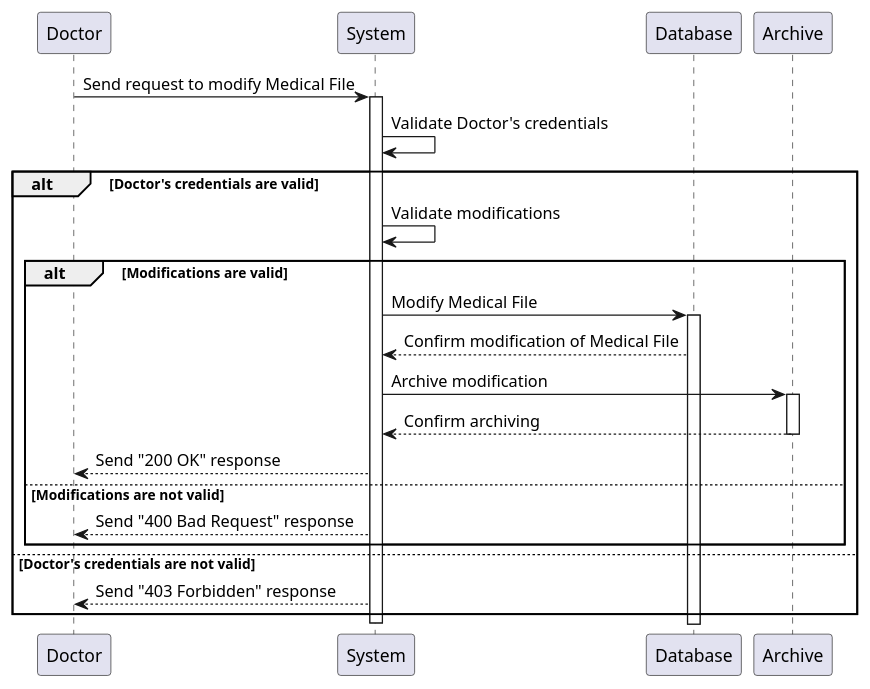
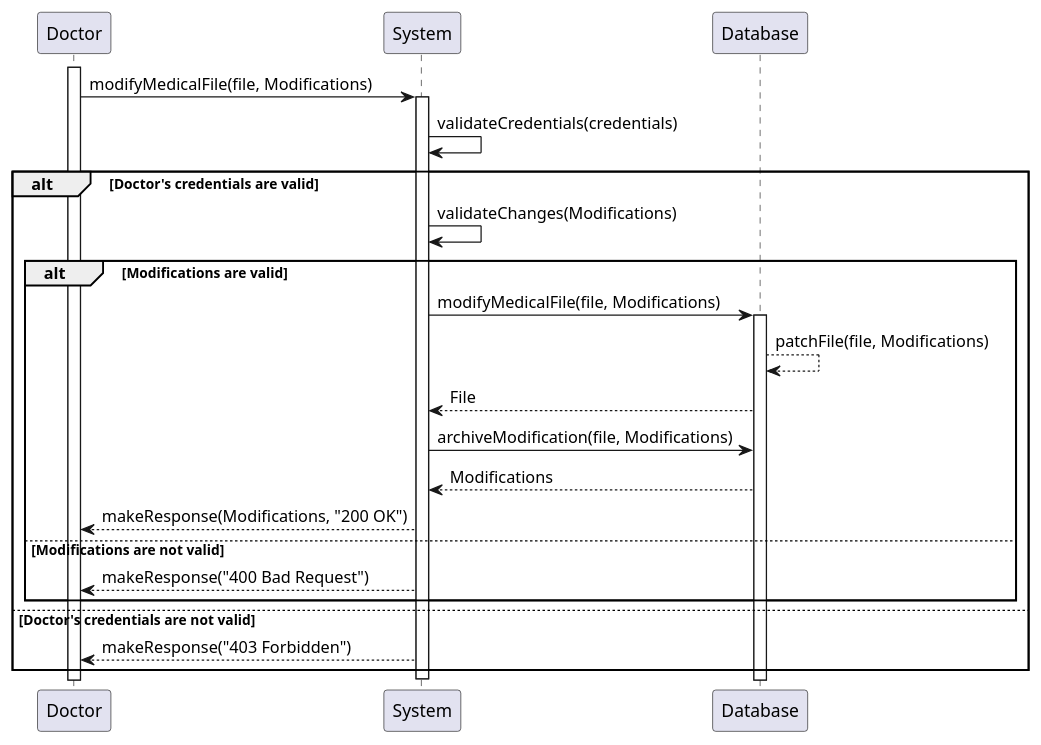
One commit to KevenJAntenor/Quebec-Centralized-Medical-Record-System changed the diagram in plantUml/sequence-modify.puml. Above: the diagram before and after it, drawn with PlantUML. The commit also changed 6 other files, not shown here.

Commit message:
diagram: multiple changes to sequence diagrams

```diff
--- a/plantUml/sequence-modify.puml
+++ b/plantUml/sequence-modify.puml
@@ -1,30 +1,29 @@
-@startuml modifyMedicalFile
+@startuml
 
 participant "Doctor" as Doctor
 participant "System" as System
 participant "Database" as Database
-participant "Archive" as Archive
 
-Doctor -> System: Send request to modify Medical File
+activate Doctor
+Doctor -> System: modifyMedicalFile(file, Modifications)
 activate System
-System -> System: Validate Doctor's credentials
+System -> System: validateCredentials(credentials)
 alt Doctor's credentials are valid
-    System -> System: Validate modifications
+    System -> System: validateChanges(Modifications)
     alt Modifications are valid
-        System -> Database: Modify Medical File
+        System -> Database: modifyMedicalFile(file, Modifications)
         activate Database
-        Database --> System: Confirm modification of Medical File
-        System -> Archive: Archive modification
-        activate Archive
-        Archive --> System: Confirm archiving
-        deactivate Archive
-        System --> Doctor: Send "200 OK" response
+        Database --> Database: patchFile(file, Modifications)
+        Database --> System: File
+        System -> Database: archiveModification(file, Modifications)
+        Database --> System: Modifications
+        System --> Doctor: makeResponse(Modifications, "200 OK")
     else Modifications are not valid
-        System --> Doctor: Send "400 Bad Request" response
+        System --> Doctor: makeResponse("400 Bad Request")
     end
 else Doctor's credentials are not valid
-    System --> Doctor: Send "403 Forbidden" response
+    System --> Doctor: makeResponse("403 Forbidden")
 end
 deactivate System
 
 @enduml
```
